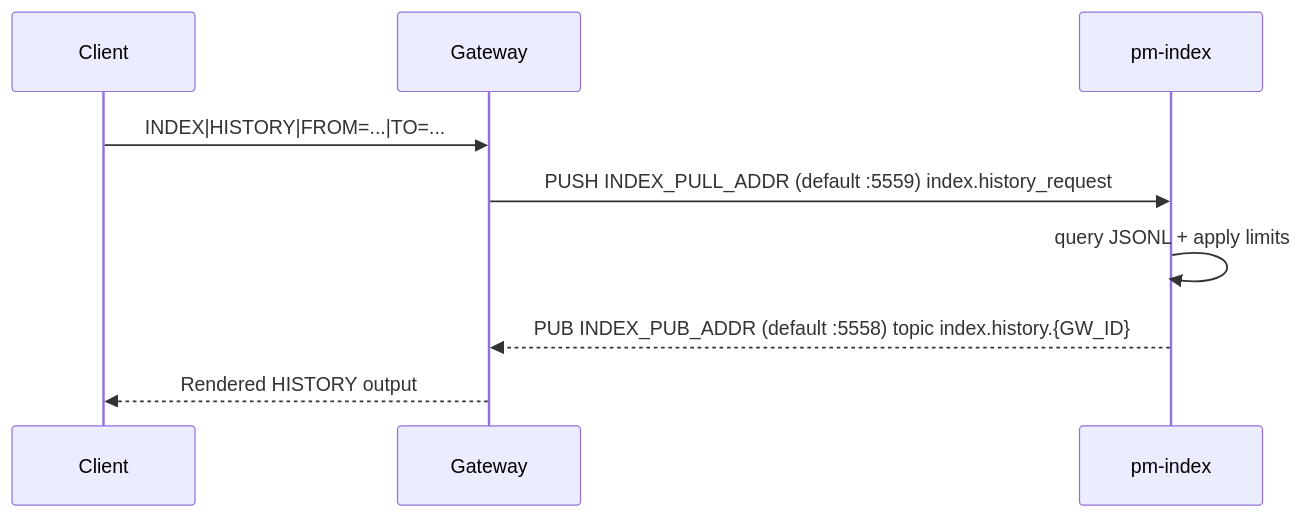
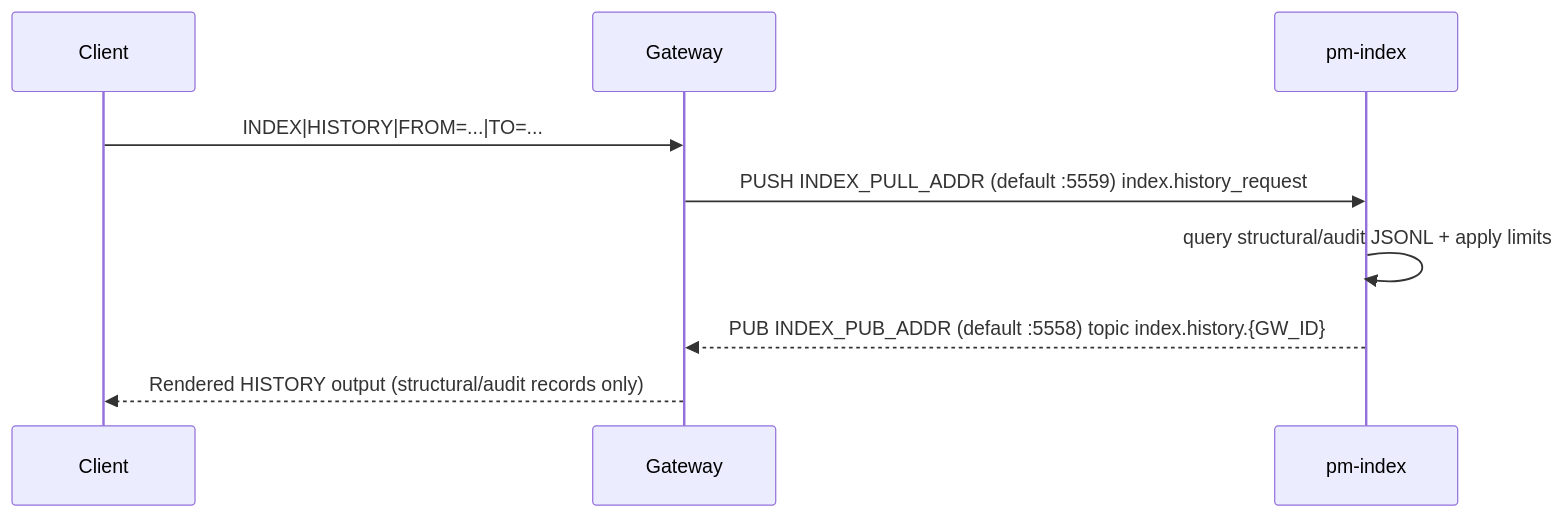
One commit to johan162/EduMatcher changed the third of 5 diagrams in docs-design/EduMatcher-Index.md. Above: the diagram before and after it, drawn with Mermaid. The commit also changed other lines of this file and 26 other files, not shown here.

````diff
--- a/docs-design/EduMatcher-Index.md
+++ b/docs-design/EduMatcher-Index.md
@@ -875,12 +969,12 @@
 ```mermaid
 sequenceDiagram
     participant C as Client
     participant G as Gateway
     participant I as pm-index
 
     C->>G: INDEX|HISTORY|FROM=...|TO=...
     G->>I: PUSH INDEX_PULL_ADDR (default :5559) index.history_request
-    I->>I: query JSONL + apply limits
+    I->>I: query structural/audit JSONL + apply limits
     I-->>G: PUB INDEX_PUB_ADDR (default :5558) topic index.history.{GW_ID}
-    G-->>C: Rendered HISTORY output
+    G-->>C: Rendered HISTORY output (structural/audit records only)
 ```
````
